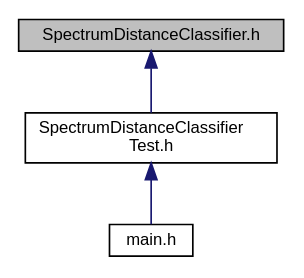
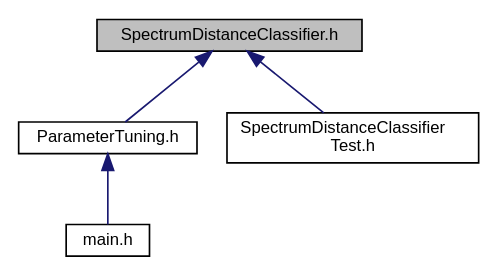
One commit to alexisVallet/animation-character-identification changed the diagram in _spectrum_distance_classifier_8h__dep__incl.dot. Above: the diagram before and after it, drawn with Graphviz. The commit also changed 394 other files, not shown here.

```diff
--- a/_spectrum_distance_classifier_8h__dep__incl.dot
+++ b/_spectrum_distance_classifier_8h__dep__incl.dot
@@ -1,10 +1,12 @@
 digraph "SpectrumDistanceClassifier.h"
 {
   edge [fontname="Helvetica",fontsize="10",labelfontname="Helvetica",labelfontsize="10"];
   node [fontname="Helvetica",fontsize="10",shape=record];
   Node1 [label="SpectrumDistanceClassifier.h",height=0.2,width=0.4,color="black", fillcolor="grey75", style="filled" fontcolor="black"];
   Node1 -> Node2 [dir="back",color="midnightblue",fontsize="10",style="solid",fontname="Helvetica"];
-  Node2 [label="SpectrumDistanceClassifier\lTest.h",height=0.2,width=0.4,color="black", fillcolor="white", style="filled",URL="$_spectrum_distance_classifier_test_8h_source.html"];
+  Node2 [label="ParameterTuning.h",height=0.2,width=0.4,color="black", fillcolor="white", style="filled",URL="$_parameter_tuning_8h_source.html"];
   Node2 -> Node3 [dir="back",color="midnightblue",fontsize="10",style="solid",fontname="Helvetica"];
   Node3 [label="main.h",height=0.2,width=0.4,color="black", fillcolor="white", style="filled",URL="$main_8h_source.html"];
+  Node1 -> Node4 [dir="back",color="midnightblue",fontsize="10",style="solid",fontname="Helvetica"];
+  Node4 [label="SpectrumDistanceClassifier\lTest.h",height=0.2,width=0.4,color="black", fillcolor="white", style="filled",URL="$_spectrum_distance_classifier_test_8h_source.html"];
 }
```
